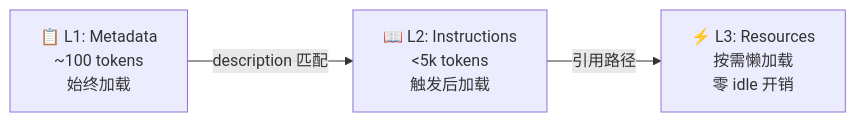
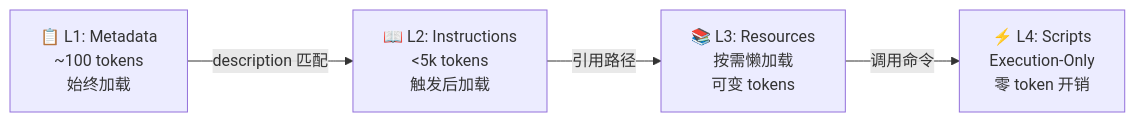
One commit to morning-start/skill-factory changed the fourth of 4 diagrams in references/design-principles.md. Above: the diagram before and after it, drawn with Mermaid. The commit also changed other lines of this file, not shown here.

````diff
--- a/references/design-principles.md
+++ b/references/design-principles.md
@@ -203,5 +205,6 @@
 ```mermaid
 flowchart LR
     L1["📋 L1: Metadata<br/>~100 tokens<br/>始终加载"] -->|"description 匹配"| L2["📖 L2: Instructions<br/><5k tokens<br/>触发后加载"]
-    L2 -->|"引用路径"| L3["⚡ L3: Resources<br/>按需懒加载<br/>零 idle 开销"]
+    L2 -->|"引用路径"| L3["📚 L3: Resources<br/>按需懒加载<br/>可变 tokens"]
+    L3 -->|"调用命令"| L4["⚡ L4: Scripts<br/>Execution-Only<br/>零 token 开销"]
 ```
````
